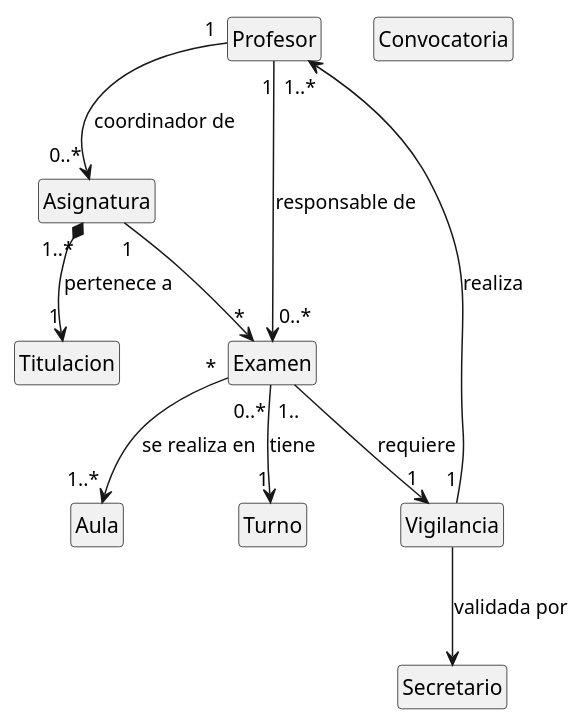
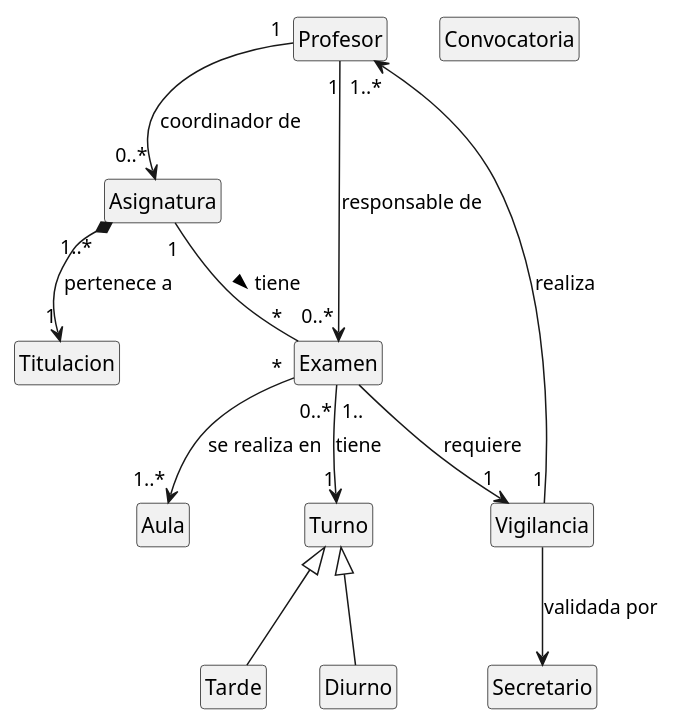
One commit to jjrp1/PDS changed the diagram in p2-1.puml. Above: the diagram before and after it, drawn with PlantUML.

```diff
--- a/p2-1.puml
+++ b/p2-1.puml
@@ -2,32 +2,35 @@
 @startuml
 hide empty fields 
 hide empty attributes 
 hide empty methods
 hide empty members
 hide circle
 
 class Titulacion 
 class Aula 
 class Asignatura 
 class Examen 
 class Profesor 
 class Turno
 
+class Tarde extends Turno
+class Diurno extends Turno
+
 class Secretario
 class Convocatoria 
 class Vigilancia  
 
 Asignatura  "1..*" *--> "1" Titulacion : pertenece a 
-Asignatura "1" --> "*" Examen
+Asignatura "1" -- "*" Examen : tiene > 
 
 Profesor "1" --> "0..*" Asignatura : coordinador de 
 Profesor "1" --> "0..*" Examen : responsable de
 Profesor "1..*" <-- "1" Vigilancia : realiza
 
 Examen "*" --> "1..*" Aula : se realiza en 
 Examen "1.." --> "1" Vigilancia : requiere 
 Examen "0..*" --> "1" Turno : tiene 
 
 Vigilancia --> Secretario : validada por
 
 @enduml
```
